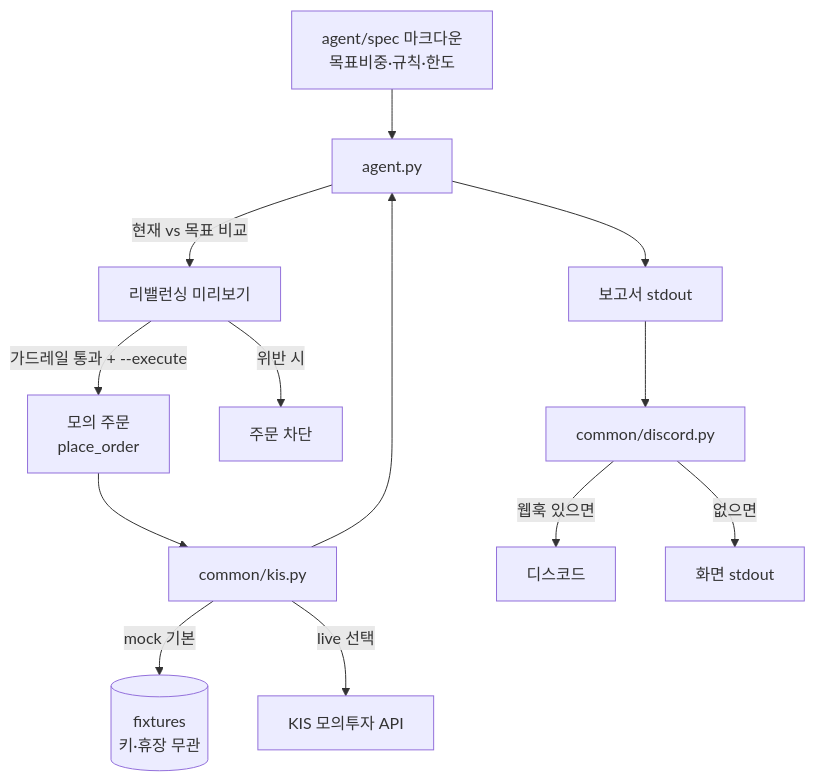
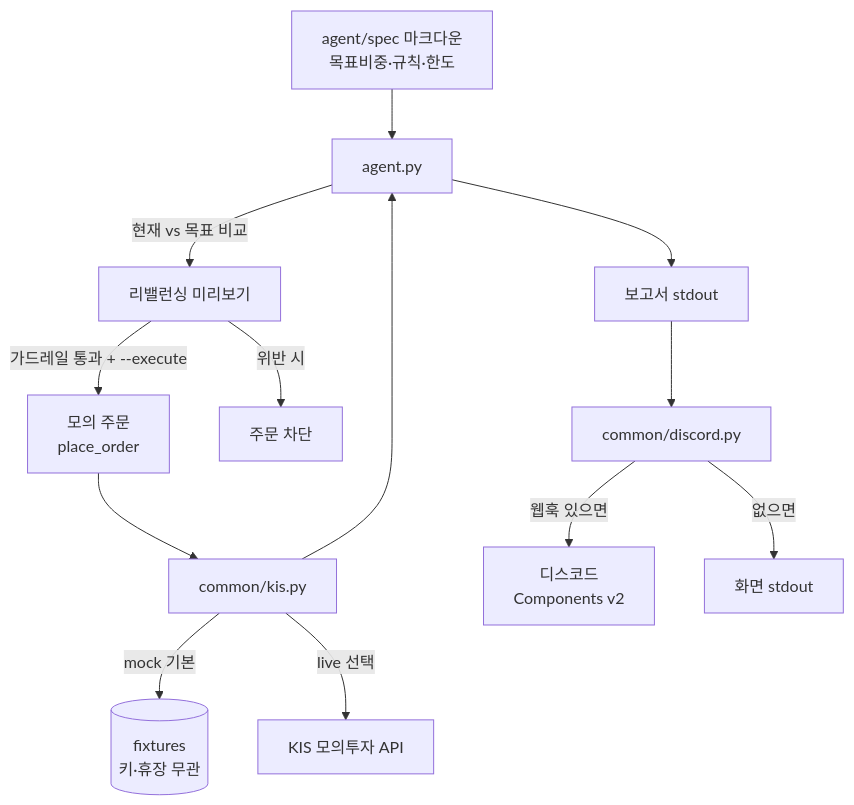
Before and after one commit to JungHoonGhae/thecamp-aitrading: the second of 3 diagrams in lessons/참고/아키텍처.md, drawn with Mermaid. The commit also changed other lines of this file, not shown here.

First line of the commit message:
docs: 아키텍처 다이어그램에 자연어 스킬 트리거 경로 추가

````diff
--- a/lessons/참고/아키텍처.md
+++ b/lessons/참고/아키텍처.md
@@ -17,15 +17,15 @@
 ```mermaid
 flowchart TD
     S[agent/spec 마크다운<br/>목표비중·규칙·한도] --> AG[agent.py]
     K[common/kis.py] --> AG
     K -->|mock 기본| FX[(fixtures<br/>키·휴장 무관)]
     K -->|live 선택| API[KIS 모의투자 API]
     AG -->|현재 vs 목표 비교| PV[리밸런싱 미리보기]
     PV -->|가드레일 통과 + --execute| ORD[모의 주문<br/>place_order]
     PV -->|위반 시| BLK[주문 차단]
     ORD --> K
     AG --> R[보고서 stdout]
     R --> DC[common/discord.py]
-    DC -->|웹훅 있으면| DISCORD[디스코드]
+    DC -->|웹훅 있으면| DISCORD[디스코드<br/>Components v2]
     DC -->|없으면| SCR[화면 stdout]
 ```
````
